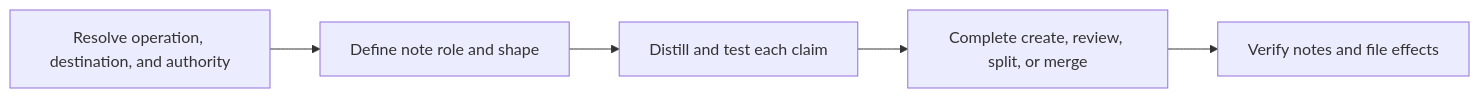
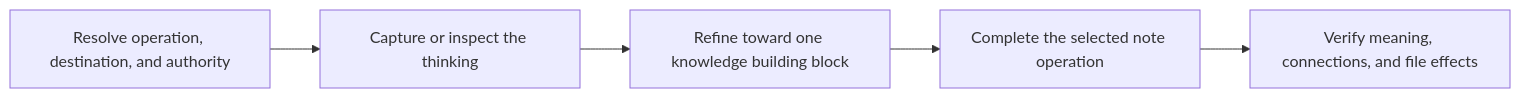
The diagram in plugin/skills/ptlam-creating-atomic-note/SKILL.md (fam-tung-lam/ptlam-agent-plugin), drawn with Mermaid before and after one commit. The commit also changed other lines of this file and 7 other files, not shown here.

````diff
--- a/plugin/skills/ptlam-creating-atomic-note/SKILL.md
+++ b/plugin/skills/ptlam-creating-atomic-note/SKILL.md
@@ -11,7 +12,7 @@
 ```mermaid
 flowchart LR
-    A[Resolve operation, destination, and authority] --> B[Define note role and shape]
-    B --> C[Distill and test each claim]
-    C --> D[Complete create, review, split, or merge]
-    D --> E[Verify notes and file effects]
+    A[Resolve operation, destination, and authority] --> B[Capture or inspect the thinking]
+    B --> C[Refine toward one knowledge building block]
+    C --> D[Complete the selected note operation]
+    D --> E[Verify meaning, connections, and file effects]
 ```
````
